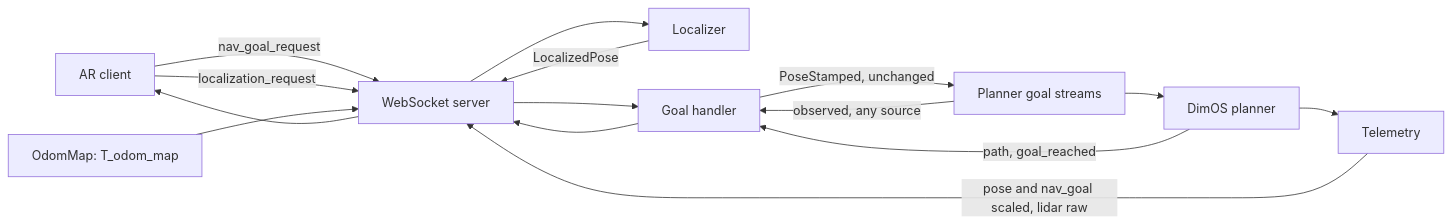
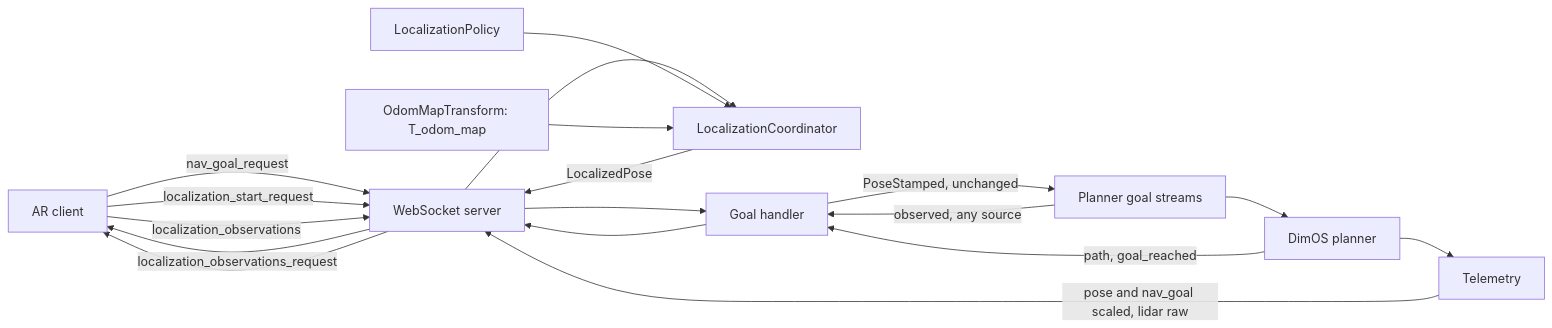
Before and after one commit to V4C38/spectacles-dimensional-os: the diagram in dimos-ar-v2/plan.md, drawn with Mermaid. The commit also changed other lines of this file and 27 other files, not shown here.

Commit message:
Integrated localization subsystem with module and added coordinator

````diff
--- a/dimos-ar-v2/plan.md
+++ b/dimos-ar-v2/plan.md
@@ -492,17 +533,20 @@
 ```mermaid
 flowchart LR
     Lens[AR client] -->|nav_goal_request| WS[WebSocket server]
-    Lens -->|localization_request| WS
-    WS --> Align[Localizer]
-    Align -->|LocalizedPose| WS
-    Anchor[OdomMap: T_odom_map] --> WS
+    Lens -->|localization_start_request| WS
+    Lens -->|localization_observations| WS
+    WS -->|localization_observations_request| Lens
+    WS --> Coord[LocalizationCoordinator]
+    Policy[LocalizationPolicy] --> Coord
+    Coord -->|LocalizedPose| WS
+    Anchor[OdomMapTransform: T_odom_map] --> Coord
     WS --> Nav[Goal handler]
     Nav -->|"PoseStamped, unchanged"| Goals[Planner goal streams]
     Goals --> Planner[DimOS planner]
     Goals -->|"observed, any source"| Nav
     Planner -->|"path, goal_reached"| Nav
     Planner --> Tel[Telemetry]
     Nav --> WS
     Tel -->|"pose and nav_goal scaled, lidar raw"| WS
     WS --> Lens
 ```
````
